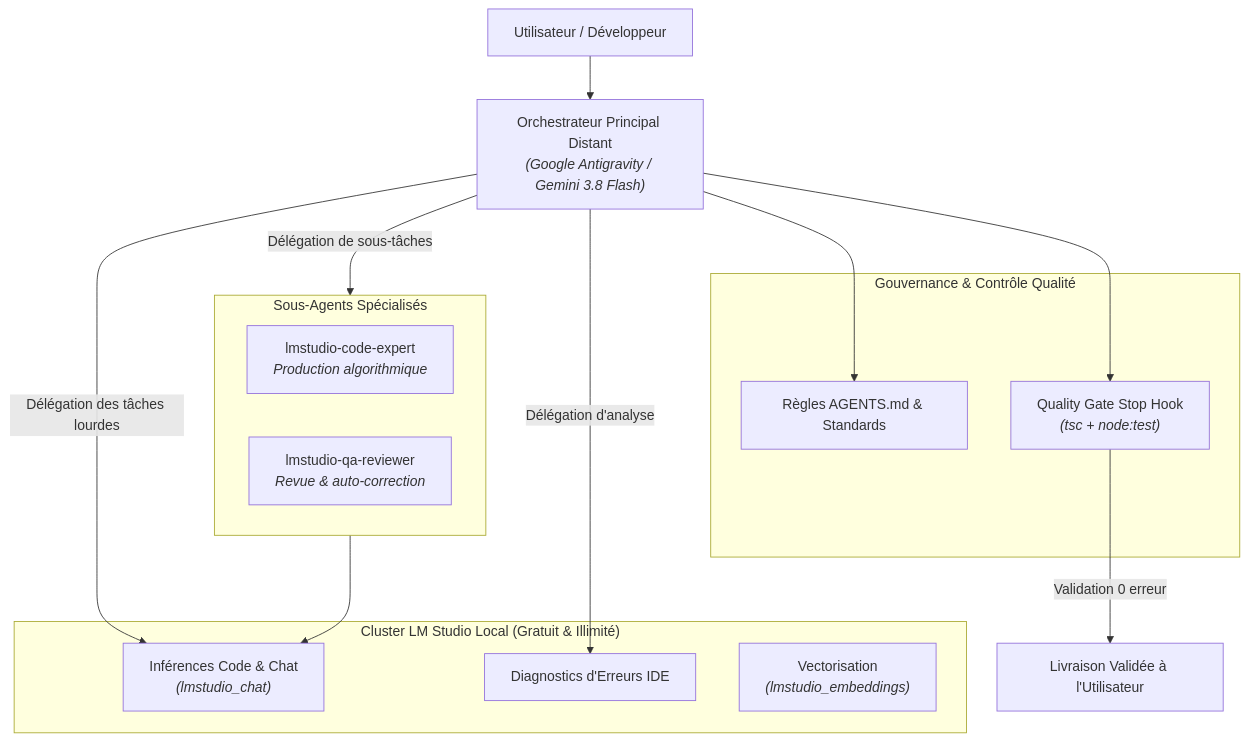
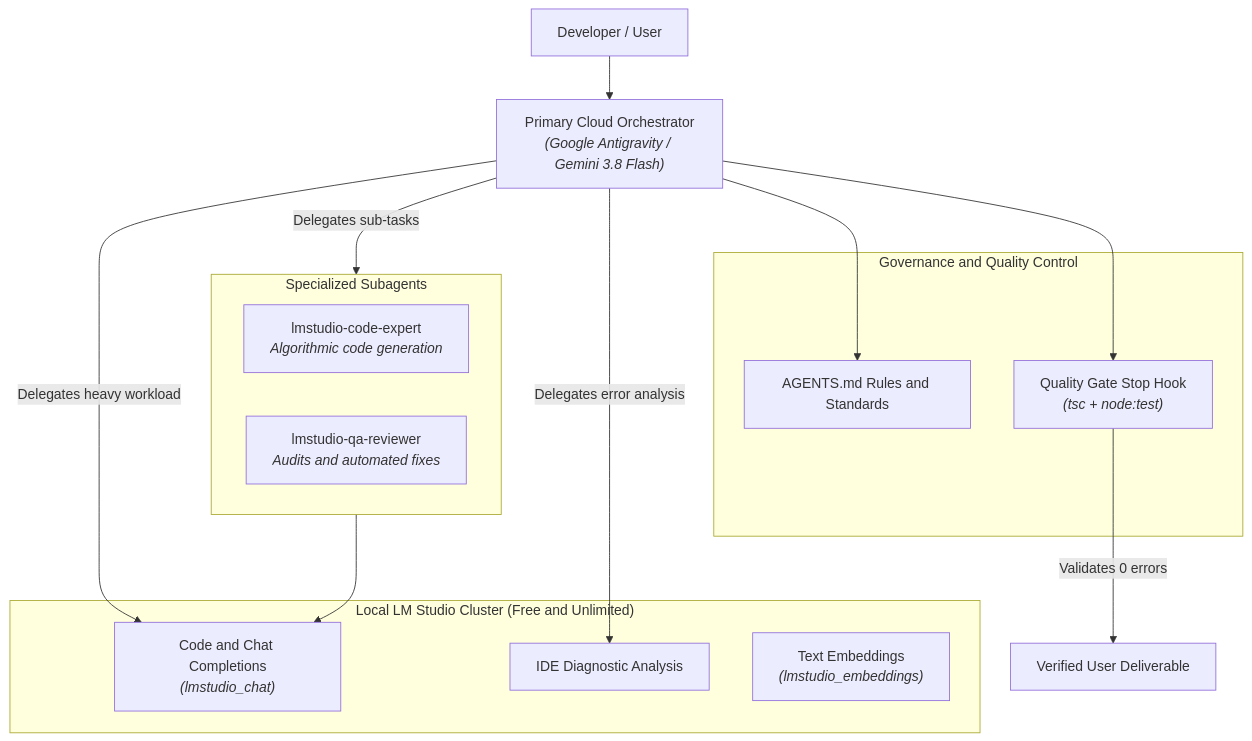
Before and after one commit to Philippe1964/LMStudio_MCP_Connector: the first of 2 diagrams in wiki/Skills-Agents-and-Rules.md, drawn with Mermaid. The commit also changed other lines of this file and 31 other files, not shown here.

````diff
--- a/wiki/Skills-Agents-and-Rules.md
+++ b/wiki/Skills-Agents-and-Rules.md
@@ -56,29 +59,29 @@
 ```mermaid
 flowchart TD
-    User["Utilisateur / Développeur"] --> Orch["Orchestrateur Principal Distant<br/><i>(Google Antigravity / Gemini 3.8 Flash)</i>"]
+    User["Developer / User"] --> Orch["Primary Cloud Orchestrator<br/><i>(Google Antigravity / Gemini 3.8 Flash)</i>"]
 
-    subgraph Governance["Gouvernance & Contrôle Qualité"]
-        Rules["Règles AGENTS.md & Standards"]
+    subgraph Governance["Governance and Quality Control"]
+        Rules["AGENTS.md Rules and Standards"]
         Gate["Quality Gate Stop Hook<br/><i>(tsc + node:test)</i>"]
     end
 
-    subgraph LocalLLM["Cluster LM Studio Local (Gratuit & Illimité)"]
-        Chat["Inférences Code & Chat<br/><i>(lmstudio_chat)</i>"]
-        Diag["Diagnostics d'Erreurs IDE"]
-        Embed["Vectorisation<br/><i>(lmstudio_embeddings)</i>"]
+    subgraph LocalLLM["Local LM Studio Cluster (Free and Unlimited)"]
+        Chat["Code and Chat Completions<br/><i>(lmstudio_chat)</i>"]
+        Diag["IDE Diagnostic Analysis"]
+        Embed["Text Embeddings<br/><i>(lmstudio_embeddings)</i>"]
     end
 
-    subgraph SubAgents["Sous-Agents Spécialisés"]
-        SA_Code["lmstudio-code-expert<br/><i>Production algorithmique</i>"]
-        SA_QA["lmstudio-qa-reviewer<br/><i>Revue & auto-correction</i>"]
+    subgraph SubAgents["Specialized Subagents"]
+        SA_Code["lmstudio-code-expert<br/><i>Algorithmic code generation</i>"]
+        SA_QA["lmstudio-qa-reviewer<br/><i>Audits and automated fixes</i>"]
     end
 
     Orch --> Rules
-    Orch -->|Délégation des tâches lourdes| Chat
-    Orch -->|Délégation d'analyse| Diag
-    Orch -->|Délégation de sous-tâches| SubAgents
+    Orch -->|"Delegates heavy workload"| Chat
+    Orch -->|"Delegates error analysis"| Diag
+    Orch -->|"Delegates sub-tasks"| SubAgents
     SubAgents --> Chat
 
     Orch --> Gate
-    Gate -->|Validation 0 erreur| Output["Livraison Validée à l'Utilisateur"]
+    Gate -->|"Validates 0 errors"| Output["Verified User Deliverable"]
 ```
````
